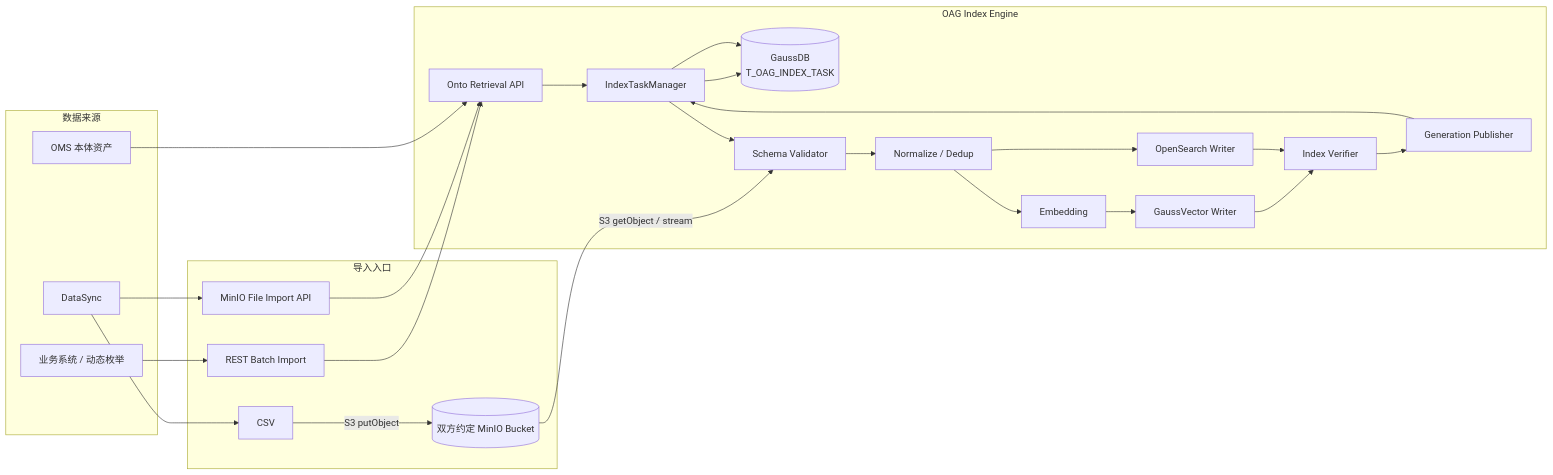
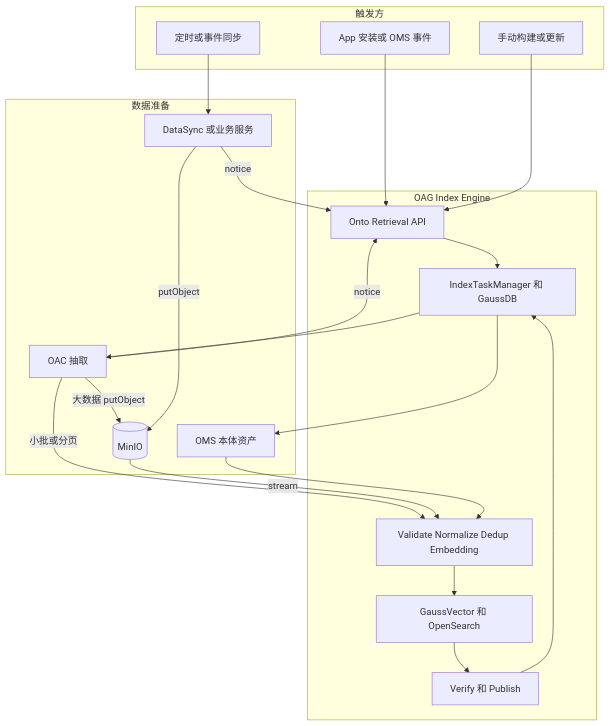
The second of 6 diagrams in docs/OAG本体锚点语义检索与向量索引设计方案.md (cfwl100/onology_dsl), drawn with Mermaid before and after one commit. The commit also changed other lines of this file, not shown here.

Commit message:
docs: define OAC index build interface combinations

````diff
--- a/docs/OAG本体锚点语义检索与向量索引设计方案.md
+++ b/docs/OAG本体锚点语义检索与向量索引设计方案.md
@@ -1230,35 +1249,38 @@
 ```mermaid
-flowchart LR
-    subgraph SRC[数据来源]
+flowchart TD
+    subgraph T[触发方]
+      APP[App 安装或 OMS 事件]
+      MANUAL[手动构建或更新]
+      SYNC[定时或事件同步]
+    end
+
+    subgraph S[数据准备]
       OMS[OMS 本体资产]
-      APP[业务系统 / 动态枚举]
-      DS[DataSync]
+      OAC[OAC 抽取]
+      PRODUCER[DataSync 或业务服务]
+      MINIO[(MinIO)]
     end
-    subgraph IN[导入入口]
-      REST[REST Batch Import]
-      CSV[CSV]
-      MINIO[(双方约定 MinIO Bucket)]
-      FILEAPI[MinIO File Import API]
+
+    subgraph G[OAG Index Engine]
+      API[Onto Retrieval API]
+      TASK[IndexTaskManager 和 GaussDB]
+      PIPE[Validate Normalize Dedup Embedding]
+      STORE[GaussVector 和 OpenSearch]
+      PUB[Verify 和 Publish]
     end
-    subgraph OAG[OAG Index Engine]
-      API[Onto Retrieval API]
-      TM[IndexTaskManager]
-      DB[(GaussDB<br/>T_OAG_INDEX_TASK)]
-      VAL[Schema Validator]
-      NORM[Normalize / Dedup]
-      EMB[Embedding]
-      GV[GaussVector Writer]
-      OS[OpenSearch Writer]
-      VERIFY[Index Verifier]
-      PUB[Generation Publisher]
-    end
-    OMS --> API
-    APP --> REST --> API
-    DS --> CSV -->|S3 putObject| MINIO
-    DS --> FILEAPI --> API
-    MINIO -->|S3 getObject / stream| VAL
-    API --> TM --> DB
-    TM --> VAL --> NORM --> EMB --> GV --> VERIFY --> PUB
-    NORM --> OS --> VERIFY
-    PUB --> TM --> DB
+
+    APP --> API
+    MANUAL --> API
+    API --> TASK
+    TASK --> OMS
+    TASK --> OAC
+    OAC -->|小批或分页| PIPE
+    OAC -->|大数据 putObject| MINIO
+    SYNC --> PRODUCER
+    PRODUCER -->|putObject| MINIO
+    OAC -->|notice| API
+    PRODUCER -->|notice| API
+    MINIO -->|stream| PIPE
+    OMS --> PIPE
+    PIPE --> STORE --> PUB --> TASK
 ```
````
